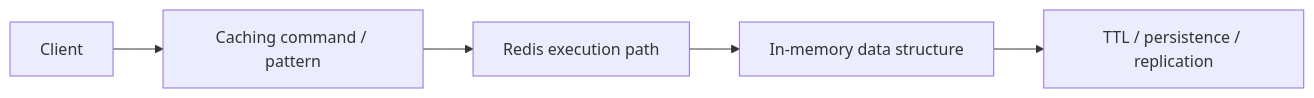
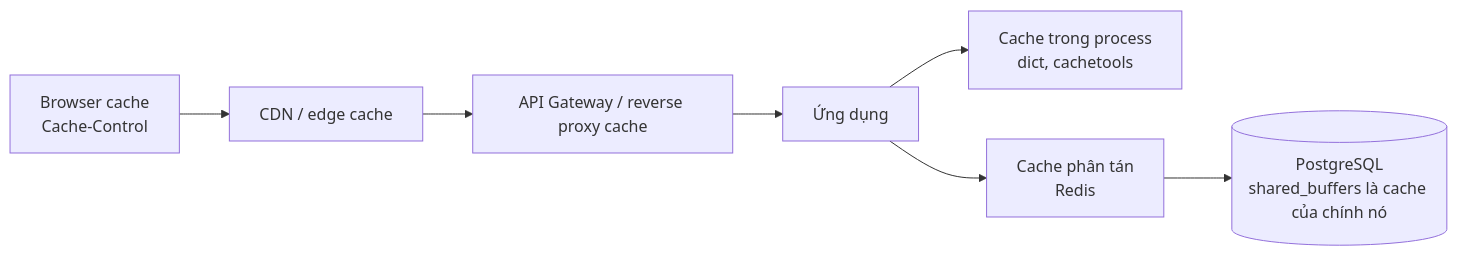
The first of 2 diagrams in python/knowledges/06-redis/caching.md (HuyNguyen-FinX/Try_Hard), drawn with Mermaid before and after one commit. The commit also changed other lines of this file and 139 other files, not shown here.

````diff
--- a/python/knowledges/06-redis/caching.md
+++ b/python/knowledges/06-redis/caching.md
@@ -151,7 +46,9 @@
 ```mermaid
 flowchart LR
-            Client --> Command["Caching command / pattern"]
-            Command --> EventLoop["Redis execution path"]
-            EventLoop --> Memory["In-memory data structure"]
-            Memory --> Persist["TTL / persistence / replication"]
+    Browser["Browser cache<br/>Cache-Control"] --> CDN["CDN / edge cache"]
+    CDN --> GW["API Gateway / reverse proxy cache"]
+    GW --> App["Ứng dụng"]
+    App --> L1["Cache trong process<br/>dict, cachetools"]
+    App --> L2["Cache phân tán<br/>Redis"]
+    L2 --> DB[("PostgreSQL<br/>shared_buffers là cache của chính nó")]
 ```
````
